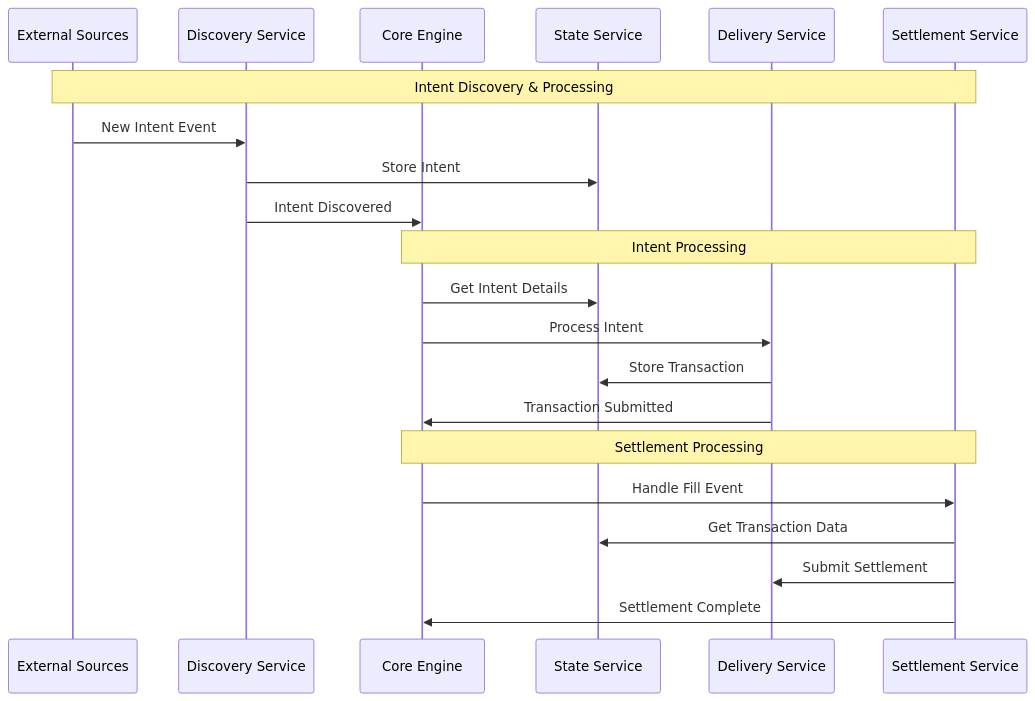
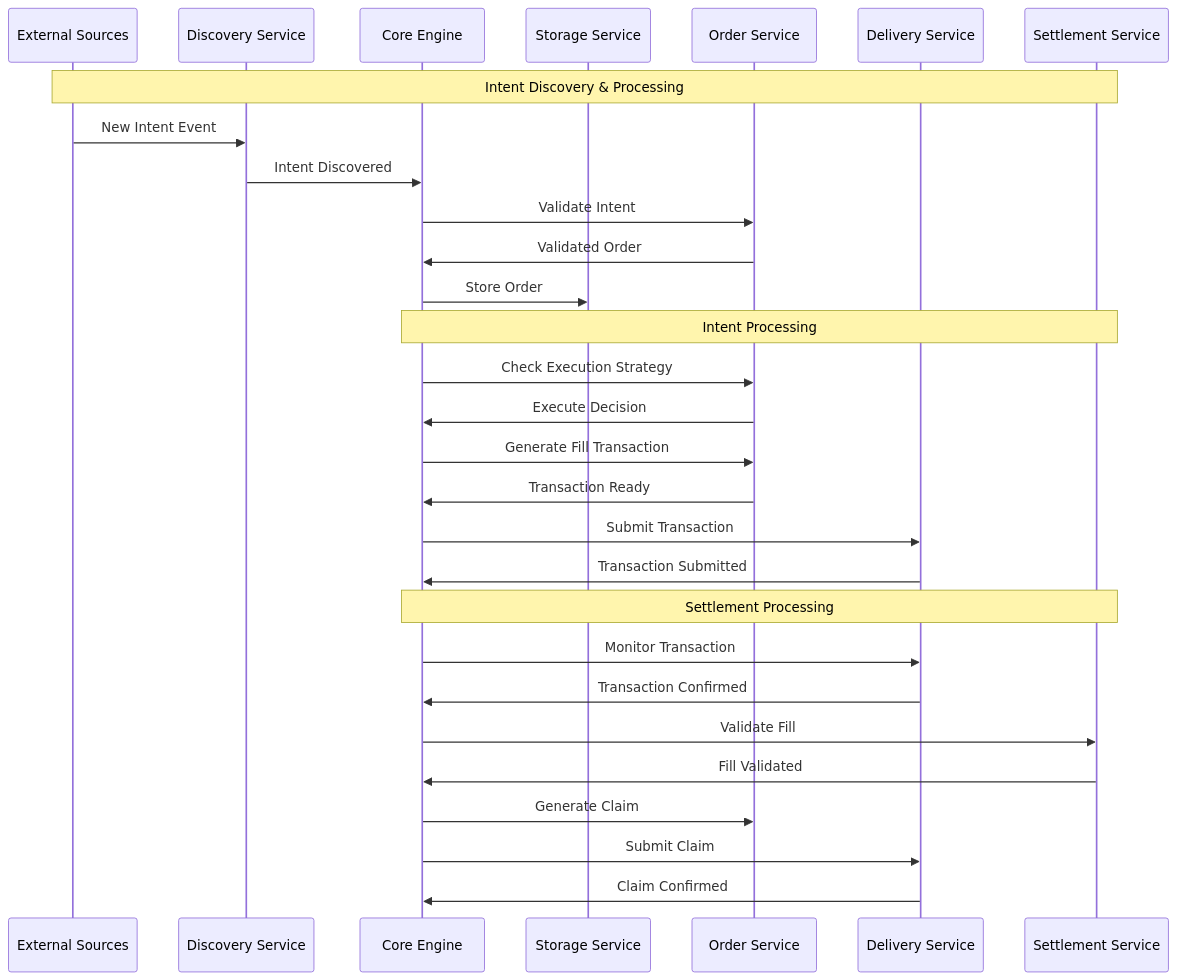
One commit to shahnami/oif-solver changed the diagram in README.md. Above: the diagram before and after it, drawn with Mermaid. The commit also changed other lines of this file and 84 other files, not shown here.

````diff
--- a/README.md
+++ b/README.md
@@ -17,26 +17,34 @@
 ```mermaid
 sequenceDiagram
     participant External as External Sources
     participant Discovery as Discovery Service
     participant Core as Core Engine
-    participant State as State Service
+    participant Storage as Storage Service
+    participant Order as Order Service
     participant Delivery as Delivery Service
     participant Settlement as Settlement Service
 
     Note over External,Settlement: Intent Discovery & Processing
     External->>Discovery: New Intent Event
-    Discovery->>State: Store Intent
     Discovery->>Core: Intent Discovered
+    Core->>Order: Validate Intent
+    Order->>Core: Validated Order
+    Core->>Storage: Store Order
 
     Note over Core,Settlement: Intent Processing
-    Core->>State: Get Intent Details
-    Core->>Delivery: Process Intent
-    Delivery->>State: Store Transaction
+    Core->>Order: Check Execution Strategy
+    Order->>Core: Execute Decision
+    Core->>Order: Generate Fill Transaction
+    Order->>Core: Transaction Ready
+    Core->>Delivery: Submit Transaction
     Delivery->>Core: Transaction Submitted
 
     Note over Core,Settlement: Settlement Processing
-    Core->>Settlement: Handle Fill Event
-    Settlement->>State: Get Transaction Data
-    Settlement->>Delivery: Submit Settlement
-    Settlement->>Core: Settlement Complete
+    Core->>Delivery: Monitor Transaction
+    Delivery->>Core: Transaction Confirmed
+    Core->>Settlement: Validate Fill
+    Settlement->>Core: Fill Validated
+    Core->>Order: Generate Claim
+    Core->>Delivery: Submit Claim
+    Delivery->>Core: Claim Confirmed
 ```
````
